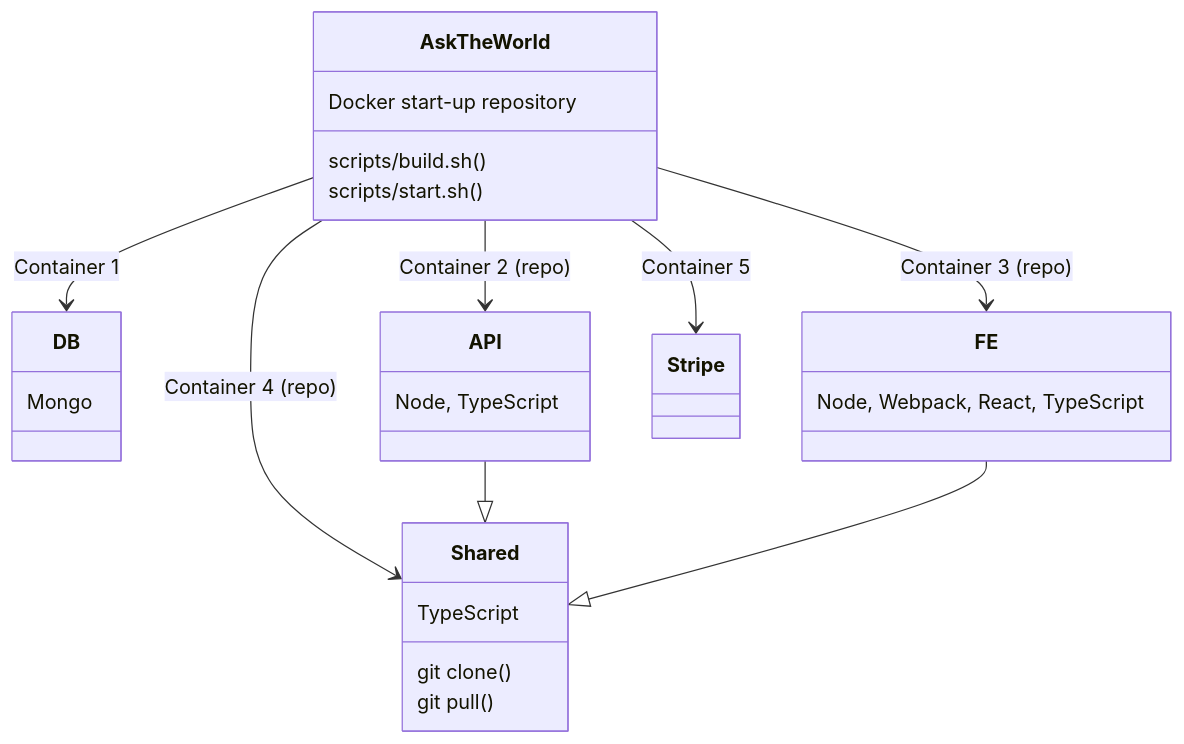
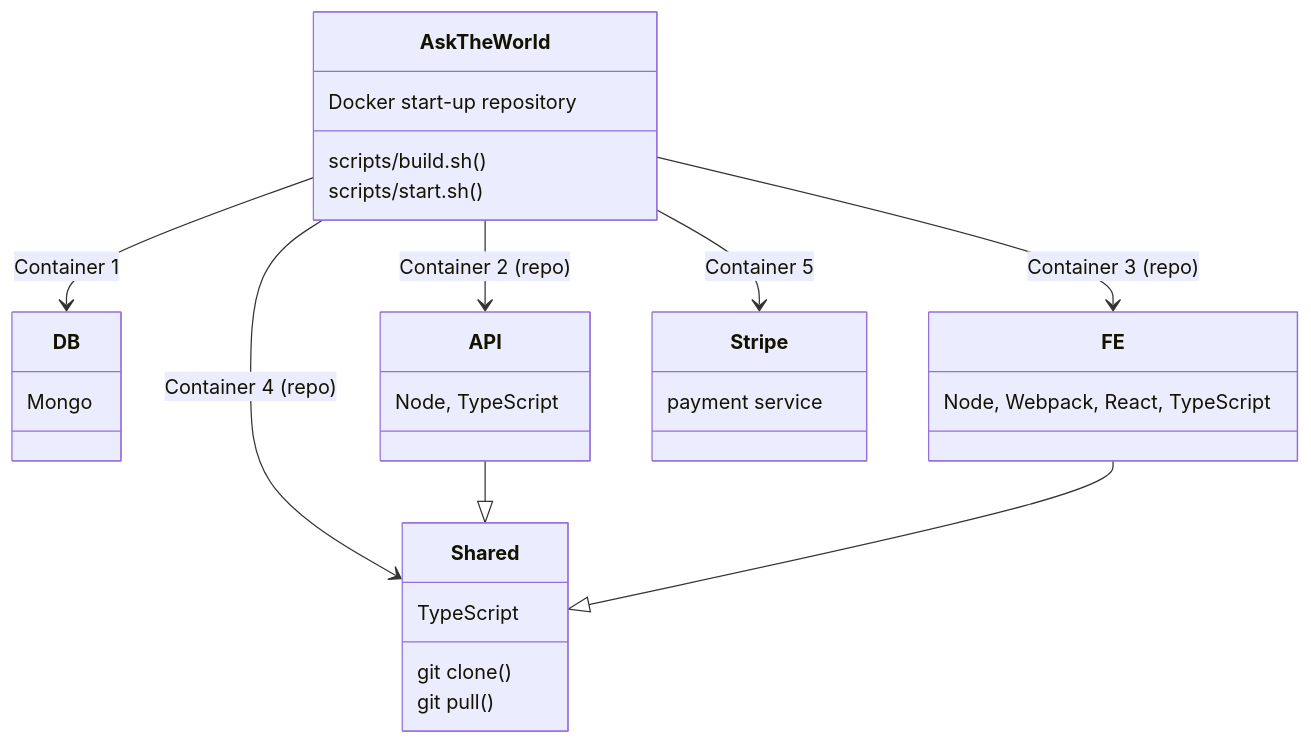
Before and after one commit to Karmello/cat-start: the diagram in README.md, drawn with Mermaid.

````diff
--- a/README.md
+++ b/README.md
@@ -9,19 +9,20 @@
 ```mermaid
 classDiagram
 AskTheWorld --> DB : Container 1
 AskTheWorld --> API : Container 2 (repo)
 AskTheWorld --> FE : Container 3 (repo)
 AskTheWorld --> Shared : Container 4 (repo)
 AskTheWorld --> Stripe : Container 5
 AskTheWorld : Docker start-up repository
 AskTheWorld: scripts/build.sh()
 AskTheWorld: scripts/start.sh()
 DB: Mongo
 API: Node, TypeScript
 FE: Node, Webpack, React, TypeScript
+Stripe: payment service
 Shared: TypeScript
 Shared: git clone()
 Shared: git pull()
 API --|> Shared
 FE --|> Shared
 ```
````
